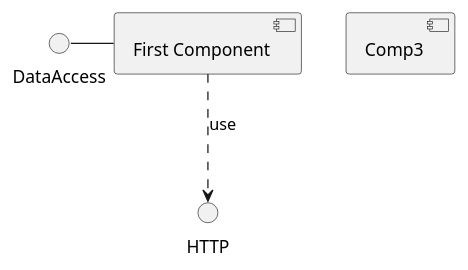
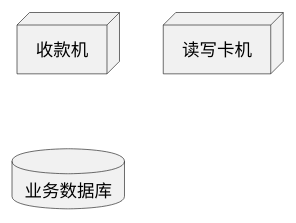
One commit to cxl086/architectCampus changed the third of 3 diagrams in week1/作业.md. Above: the diagram before and after it, drawn with PlantUML. The commit also changed other lines of this file, not shown here.

Commit message:
deploy uml

````diff
--- a/week1/作业.md
+++ b/week1/作业.md
@@ -41,12 +72,11 @@
 ```plantuml
 @startuml
 
-component Comp3
-
-DataAccess - [First Component]
-
-[First Component] ..> HTTP : use
-
+node 收款机
+node 读写卡机
+database db [
+    业务数据库
+]
 
 @enduml
 ```
````
